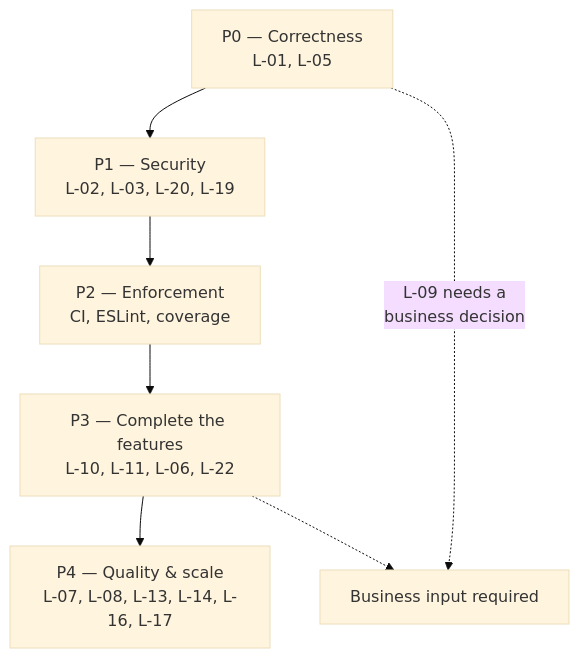
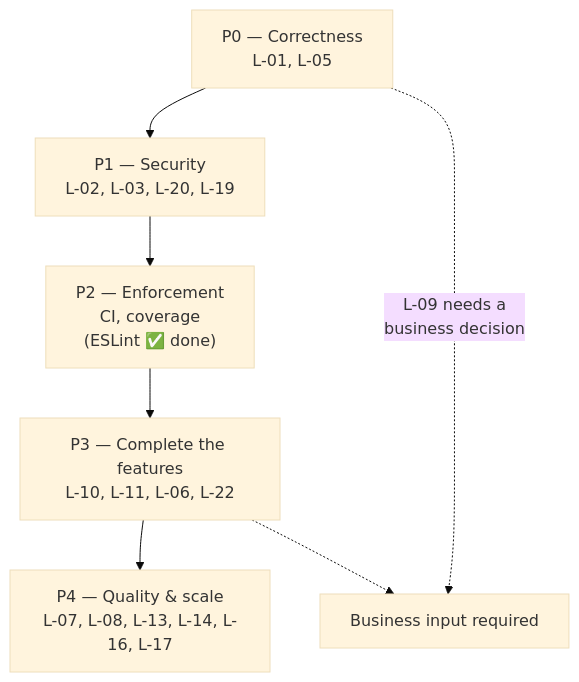
One commit to trongduy-jpg/qlkt-k2 changed the diagram in docs/15-future-roadmap.md. Above: the diagram before and after it, drawn with Mermaid (base theme). The commit also changed other lines of this file and 7 other files, not shown here.

````diff
--- a/docs/15-future-roadmap.md
+++ b/docs/15-future-roadmap.md
@@ -33,9 +33,9 @@
 ```mermaid
 flowchart TD
     P0["P0 — Correctness<br/>L-01, L-05"] --> P1["P1 — Security<br/>L-02, L-03, L-20, L-19"]
-    P1 --> P2["P2 — Enforcement<br/>CI, ESLint, coverage"]
+    P1 --> P2["P2 — Enforcement<br/>CI, coverage<br/>(ESLint ✅ done)"]
     P2 --> P3["P3 — Complete the features<br/>L-10, L-11, L-06, L-22"]
     P3 --> P4["P4 — Quality & scale<br/>L-07, L-08, L-13, L-14, L-16, L-17"]
     P0 -.->|"L-09 needs a<br/>business decision"| BD["Business input required"]
     P3 -.-> BD
 ```
````
